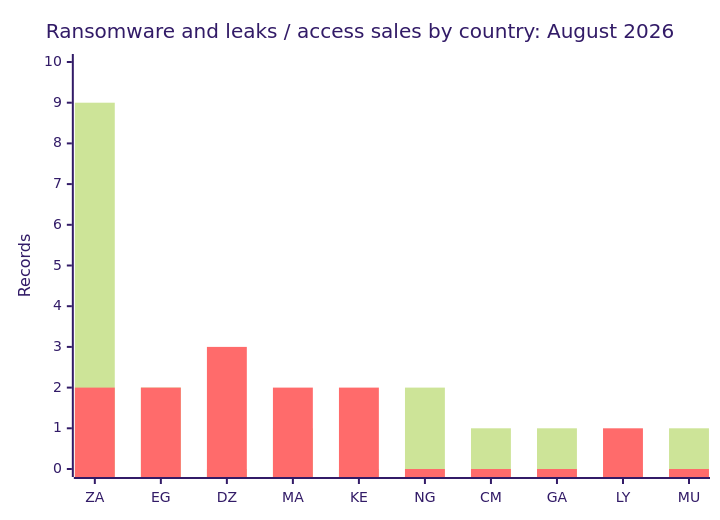
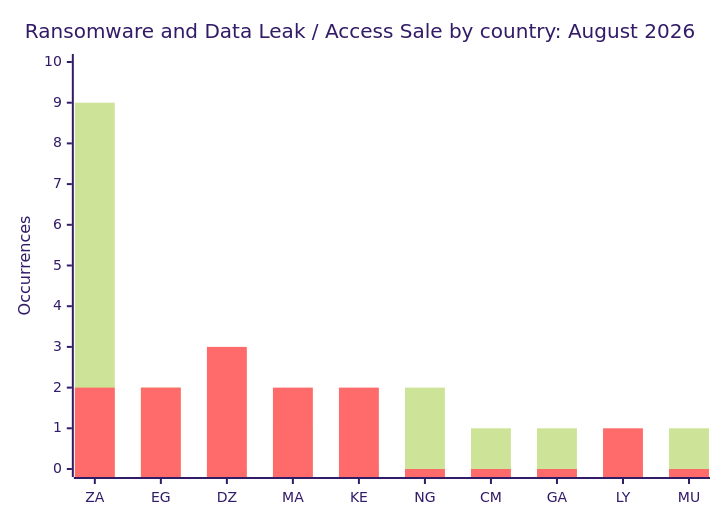
Before and after one commit to Hatchepsoute/AFRINTEL: the third of 10 diagrams in CyberAttackAfrica/2026/08-august/README.md, drawn with Mermaid (forest theme). The commit also changed other lines of this file and 1 other file, not shown here.

````diff
--- a/CyberAttackAfrica/2026/08-august/README.md
+++ b/CyberAttackAfrica/2026/08-august/README.md
@@ -141,8 +162,8 @@
 ```mermaid
 xychart-beta
-    title "Ransomware and leaks / access sales by country: August 2026"
+    title "Ransomware and Data Leak / Access Sale by country: August 2026"
     x-axis ["ZA", "EG", "DZ", "MA", "KE", "NG", "CM", "GA", "LY", "MU"]
-    y-axis "Records" 0 --> 10
+    y-axis "Occurrences" 0 --> 10
     bar [9, 2, 0, 1, 0, 2, 1, 1, 0, 1]
     bar [2, 2, 3, 2, 2, 0, 0, 0, 1, 0]
 ```
````
